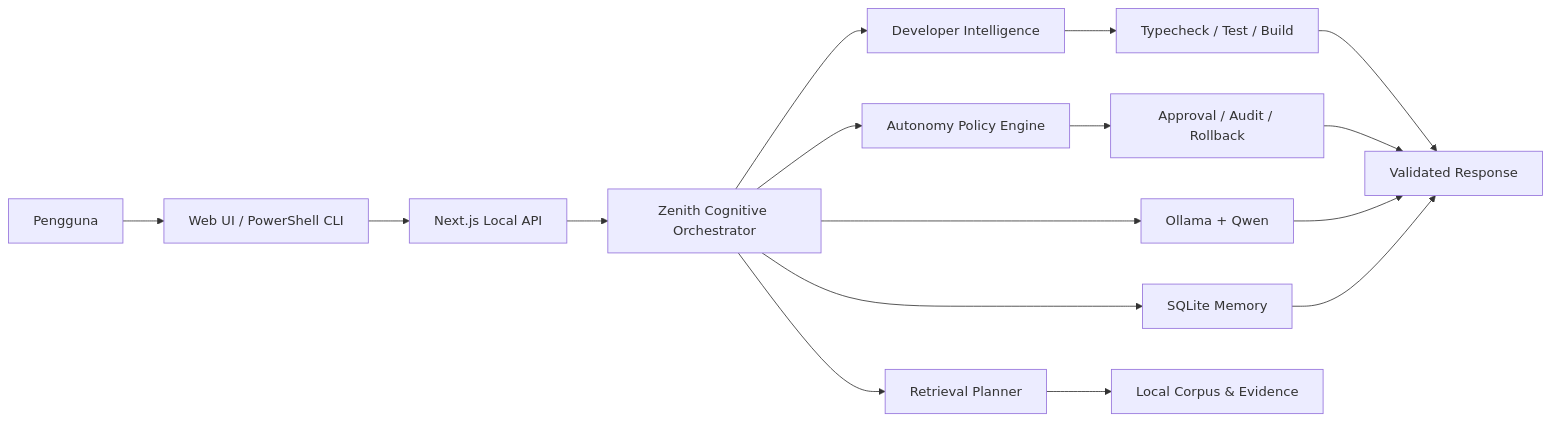
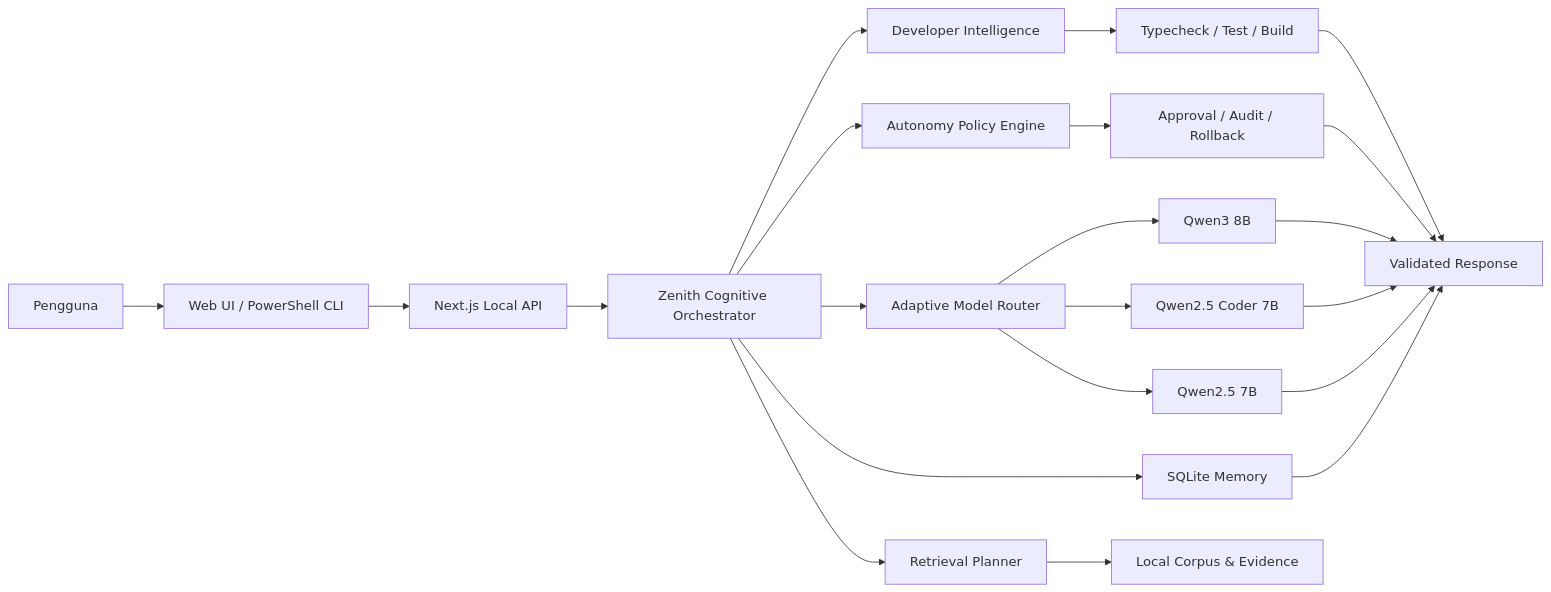
Before and after one commit to muhrafi-fsdev/NUSAMIND-ZENITH: the diagram in README.md, drawn with Mermaid. The commit also changed other lines of this file and 45 other files, not shown here.

Commit message:
feat: upgrade NusaMind ZENITH to N1.4 Adaptive Qwen3 Runtime

````diff
--- a/README.md
+++ b/README.md
@@ -93,20 +113,26 @@
 ```mermaid
 flowchart LR
     USER[Pengguna] --> UI[Web UI / PowerShell CLI]
     UI --> API[Next.js Local API]
     API --> ORCH[Zenith Cognitive Orchestrator]
 
-    ORCH --> MODEL[Ollama + Qwen]
+    ORCH --> ROUTER[Adaptive Model Router]
+    ROUTER --> GENERAL[Qwen3 8B]
+    ROUTER --> CODER[Qwen2.5 Coder 7B]
+    ROUTER --> FALLBACK[Qwen2.5 7B]
+
     ORCH --> DEV[Developer Intelligence]
     ORCH --> AUTO[Autonomy Policy Engine]
     ORCH --> RETRIEVAL[Retrieval Planner]
     ORCH --> MEMORY[SQLite Memory]
 
     DEV --> VERIFY[Typecheck / Test / Build]
     AUTO --> AUDIT[Approval / Audit / Rollback]
     RETRIEVAL --> CORPUS[Local Corpus & Evidence]
     VERIFY --> OUTPUT[Validated Response]
     AUDIT --> OUTPUT
-    MODEL --> OUTPUT
+    GENERAL --> OUTPUT
+    CODER --> OUTPUT
+    FALLBACK --> OUTPUT
     MEMORY --> OUTPUT
 ```
````
